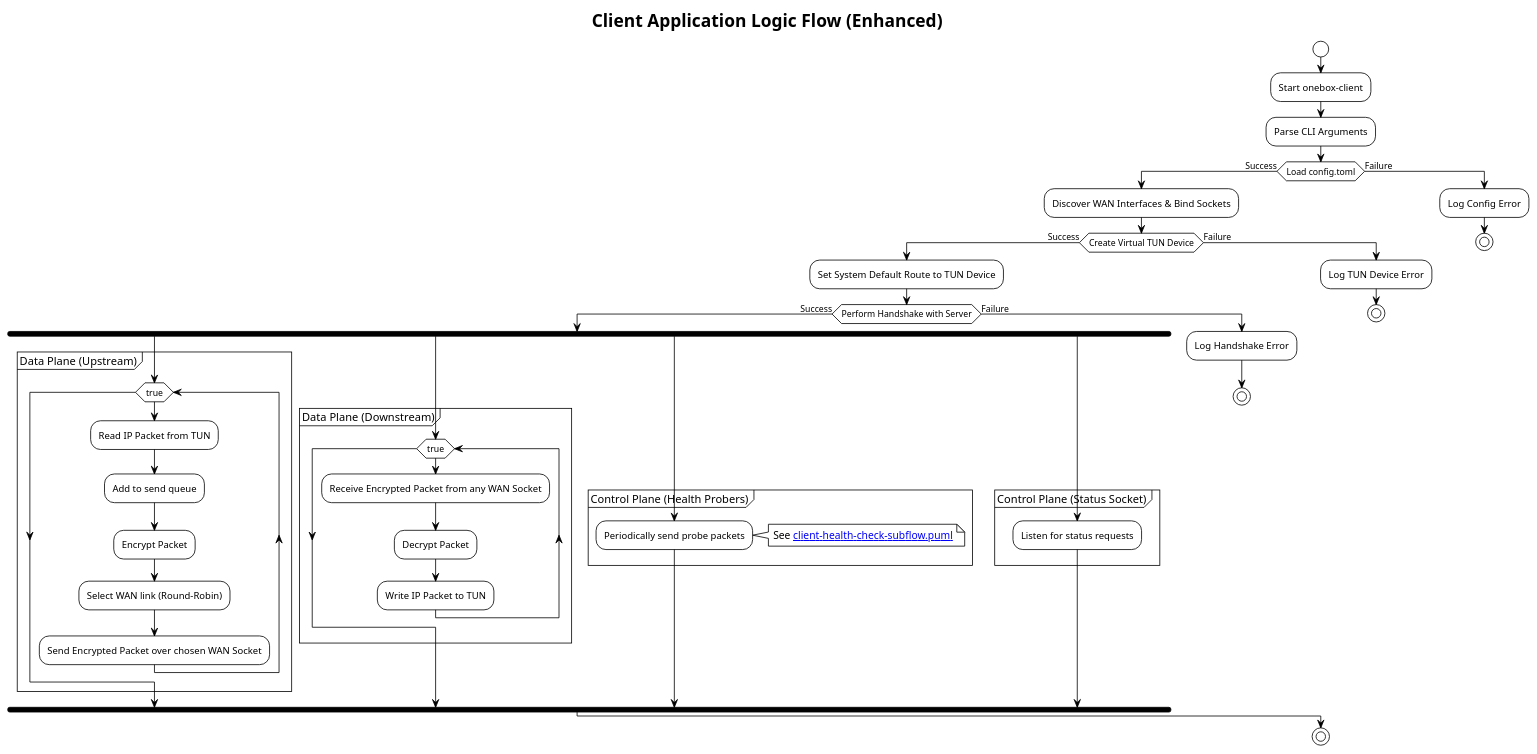
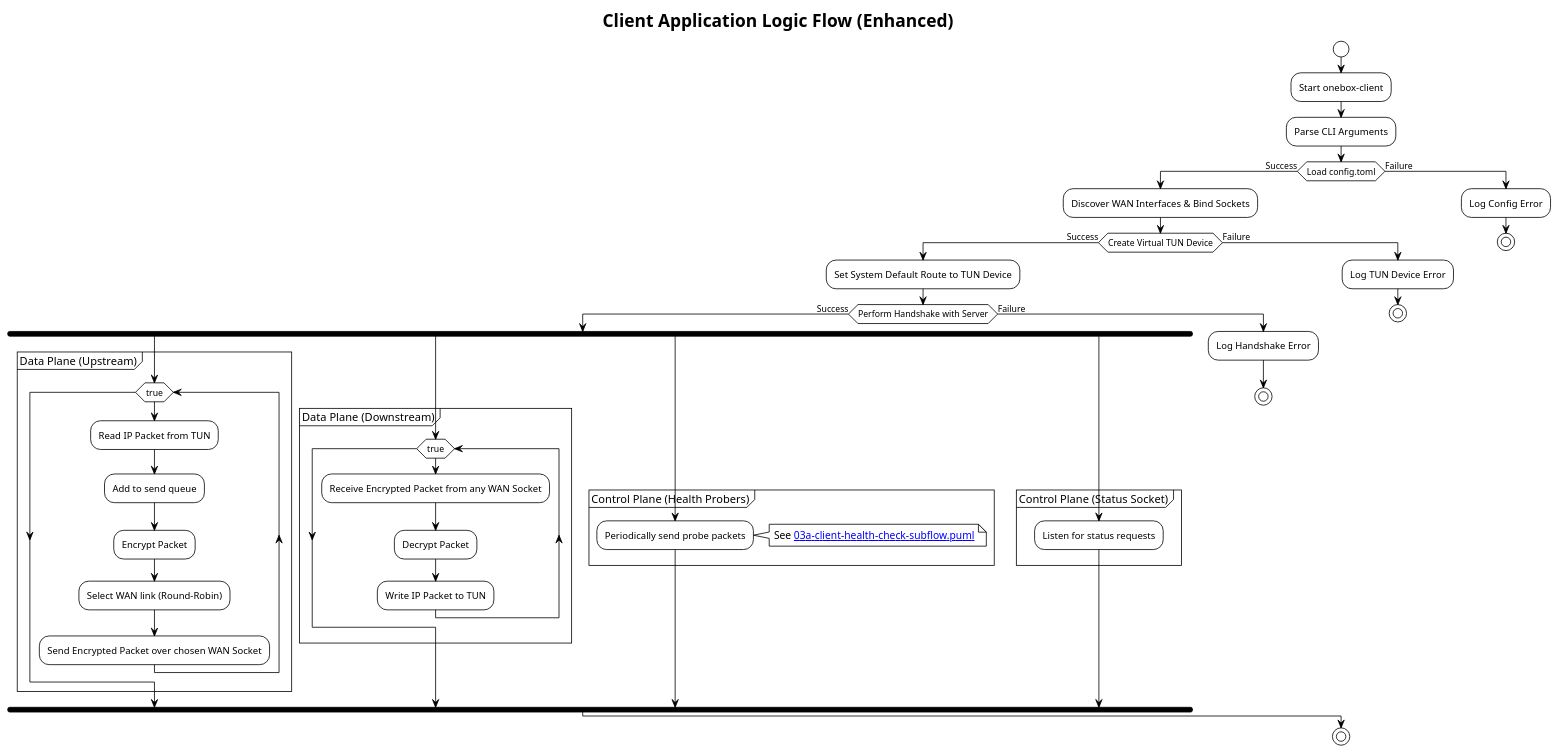
Before and after one commit to abdshomad/onebox-rs: the third of 6 diagrams in docs/diagrams/plantuml/README.md, drawn with PlantUML. The commit also changed other lines of this file and 2 other files, not shown here.

Commit message:
Docs: Number PlantUML sub-flow diagrams
This commit numbers the new PlantUML sub-flow diagrams to match the existing numbering scheme in `docs/diagrams/plantuml`.

The following changes were made:
- Renamed `client-health-check-subflow.puml` to `03a-client-health-check-subflow.puml`.
- Renamed `server-packet-processing-subflow.puml` to `04a-server-packet-processing-subflow.puml`.
- Updated the links in `docs/diagrams/plantuml/README.md` to point to the new, correctly numbered files.

This addresses the user's feedback to number the sub-flow diagrams accordingly.

````diff
--- a/docs/diagrams/plantuml/README.md
+++ b/docs/diagrams/plantuml/README.md
@@ -83,61 +83,61 @@
 ```plantuml
 @startuml
 !theme plain
 
 title Client Application Logic Flow (Enhanced)
 
 start
 :Start onebox-client;
 :Parse CLI Arguments;
 if (Load config.toml) then (Success)
   :Discover WAN Interfaces & Bind Sockets;
   if (Create Virtual TUN Device) then (Success)
     :Set System Default Route to TUN Device;
     if (Perform Handshake with Server) then (Success)
       fork
         partition "Data Plane (Upstream)" {
           while (true)
             :Read IP Packet from TUN;
             :Add to send queue;
             :Encrypt Packet;
             :Select WAN link (Round-Robin);
             :Send Encrypted Packet over chosen WAN Socket;
           endwhile
         }
       fork again
         partition "Data Plane (Downstream)" {
           while (true)
             :Receive Encrypted Packet from any WAN Socket;
             :Decrypt Packet;
             :Write IP Packet to TUN;
           endwhile
         }
       fork again
         partition "Control Plane (Health Probers)" {
           :Periodically send probe packets;
           note right
-            See [[client-health-check-subflow.puml]]
+            See [[03a-client-health-check-subflow.puml]]
           end note
         }
       fork again
         partition "Control Plane (Status Socket)" {
           :Listen for status requests;
         }
       end fork
     else (Failure)
       :Log Handshake Error;
       stop
     endif
   else (Failure)
     :Log TUN Device Error;
     stop
   endif
 else (Failure)
   :Log Config Error;
   stop
 endif
 
 stop
 
 @enduml
 ```
````
